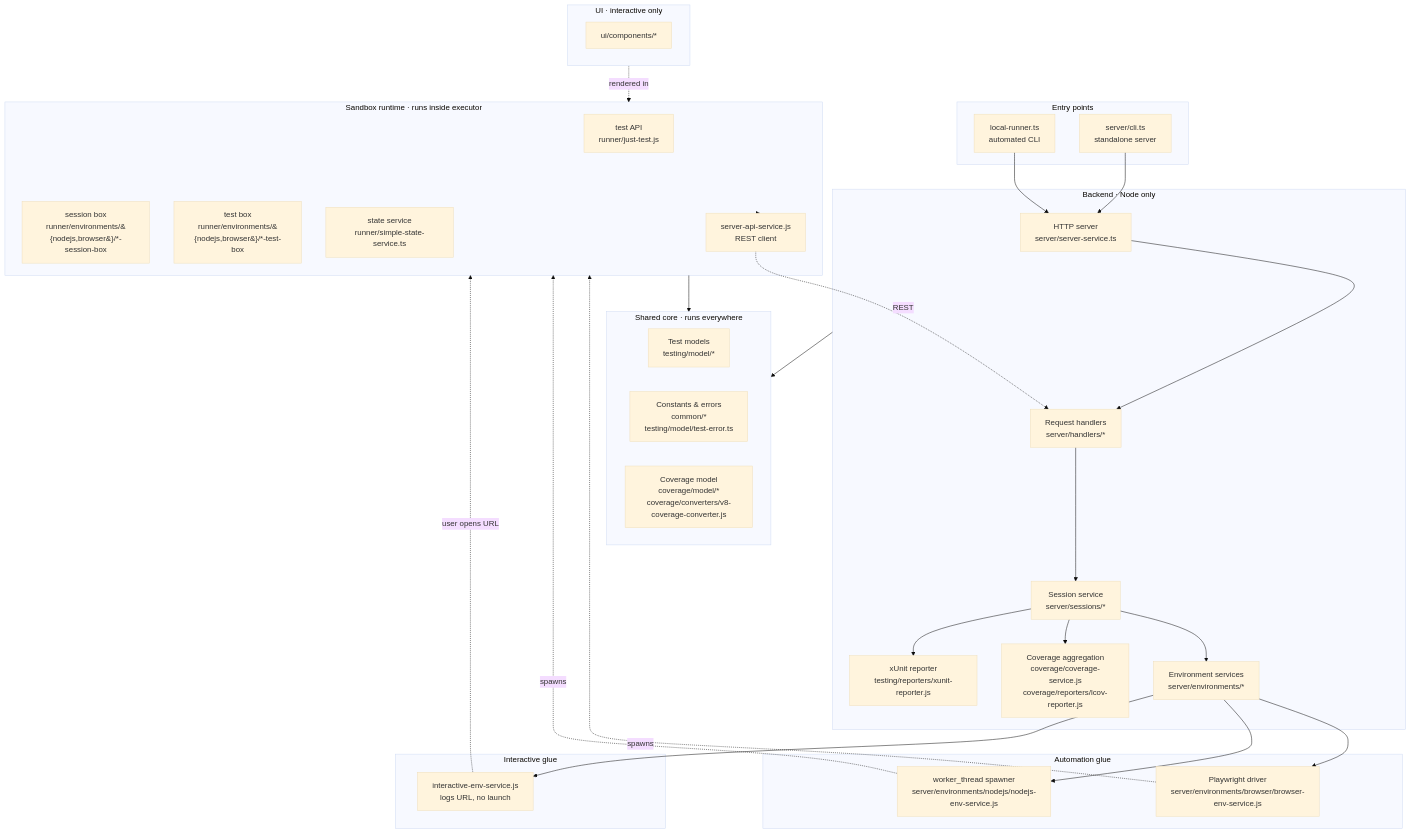
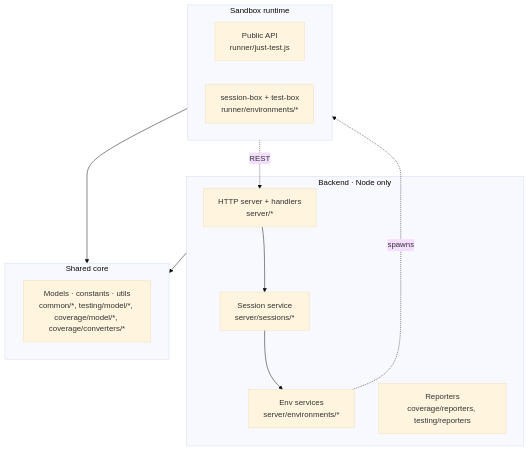
Before and after one commit to gullerya/just-test: the first of 2 diagrams in docs/architecture.md, drawn with Mermaid (base theme). The commit also changed other lines of this file and 192 other files, not shown here.

````diff
--- a/docs/architecture.md
+++ b/docs/architecture.md
@@ -13,56 +9,22 @@
 ```mermaid
 graph TB
-	subgraph Entry[Entry points]
-		CLI[local-runner.ts<br/>automated CLI]
-		SRV[server/cli.ts<br/>standalone server]
+	subgraph Backend[Backend · Node only]
+		HTTP[HTTP server + handlers<br/>server/*]
+		SES[Session service<br/>server/sessions/*]
+		ENV[Env services<br/>server/environments/*]
+		REP[Reporters<br/>coverage/reporters, testing/reporters]
 	end
-	subgraph Backend[Backend · Node only]
-		HTTP[HTTP server<br/>server/server-service.ts]
-		HDL[Request handlers<br/>server/handlers/*]
-		SES[Session service<br/>server/sessions/*]
-		ENV[Environment services<br/>server/environments/*]
-		COV[Coverage aggregation<br/>coverage/coverage-service.js<br/>coverage/reporters/lcov-reporter.js]
-		XUN[xUnit reporter<br/>testing/reporters/xunit-reporter.js]
+	subgraph Sandbox[Sandbox runtime]
+		API[Public API<br/>runner/just-test.js]
+		SBX[session-box + test-box<br/>runner/environments/*]
 	end
-	subgraph AGlue[Automation glue]
-		PWR[Playwright driver<br/>server/environments/browser/browser-env-service.js]
-		WT[worker_thread spawner<br/>server/environments/nodejs/nodejs-env-service.js]
-	end
-	subgraph IGlue[Interactive glue]
-		IES[interactive-env-service.js<br/>logs URL, no launch]
-	end
-	subgraph Sandbox[Sandbox runtime · runs inside executor]
-		JST[test API<br/>runner/just-test.js]
-		SSS[session box<br/>runner/environments/&#123;nodejs,browser&#125;/*-session-box]
-		TSS[test box<br/>runner/environments/&#123;nodejs,browser&#125;/*-test-box]
-		STS[state service<br/>runner/simple-state-service.ts]
-		SAS[server-api-service.js<br/>REST client]
-	end
-	subgraph Core[Shared core · runs everywhere]
-		MDL[Test models<br/>testing/model/*]
-		CMC[Constants & errors<br/>common/*<br/>testing/model/test-error.ts]
-		CVM[Coverage model<br/>coverage/model/*<br/>coverage/converters/v8-coverage-converter.js]
-	end
-	subgraph UI[UI · interactive only]
-		UIC[ui/components/*]
+	subgraph Core[Shared core]
+		MDL[Models · constants · utils<br/>common/*, testing/model/*, coverage/model/*, coverage/converters/*]
 	end
 
-	CLI --> HTTP
-	SRV --> HTTP
-	HTTP --> HDL
-	HDL --> SES
-	SES --> ENV
-	ENV --> PWR
-	ENV --> WT
-	ENV --> IES
-	PWR -. spawns .-> Sandbox
-	WT -. spawns .-> Sandbox
-	IES -. user opens URL .-> Sandbox
-	Sandbox --> SAS
-	SAS -. REST .-> HDL
-	SES --> COV
-	SES --> XUN
+	HTTP --> SES --> ENV
+	ENV -. spawns .-> Sandbox
+	Sandbox -. REST .-> HTTP
 	Sandbox --> Core
 	Backend --> Core
-	UI -. rendered in .-> Sandbox
 ```
````
